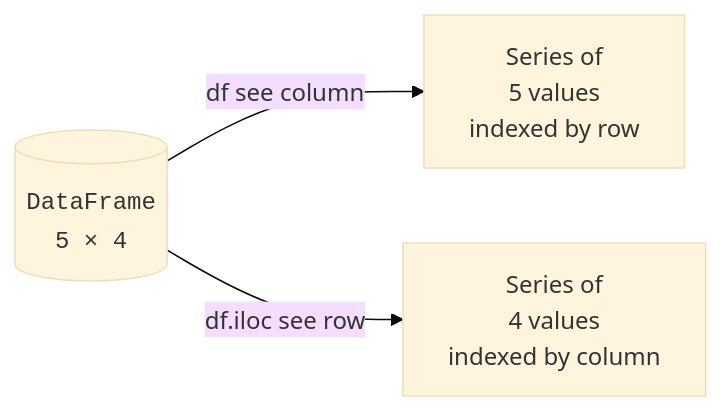
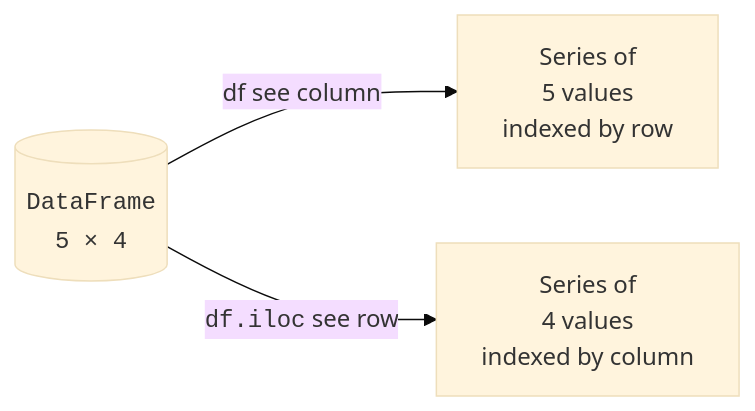
The diagram in content/learn/data-analysis-python-pandas/rows-and-columns.mdx (dataslope/dataslope), drawn with Mermaid (base theme) before and after one commit. The commit also changed 46 other files, not shown here.

First line of the commit message:
Wrap code in mermaid edge labels + entity/table names in DB diagrams

````diff
--- a/content/learn/data-analysis-python-pandas/rows-and-columns.mdx
+++ b/content/learn/data-analysis-python-pandas/rows-and-columns.mdx
@@ -188,5 +188,5 @@
 ```mermaid
 flowchart LR
     DF[("<code>DataFrame<br/>5 × 4</code>")] -->|df see column| C[Series of<br/>5 values<br/>indexed by row]
-    DF -->|df.iloc see row| R[Series of<br/>4 values<br/>indexed by column]
+    DF -->|"<code>df.iloc</code> see row"| R[Series of<br/>4 values<br/>indexed by column]
 ```
````
